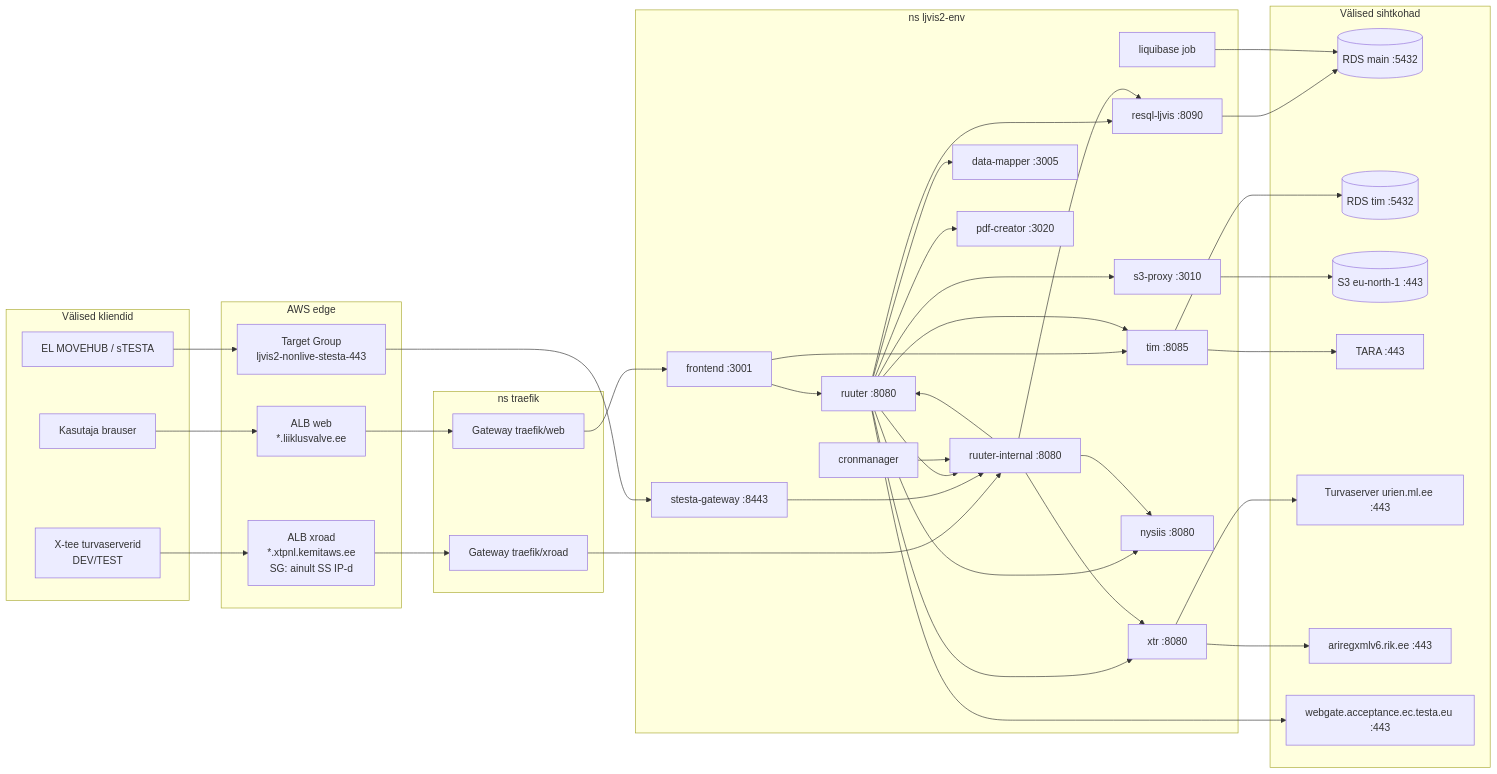
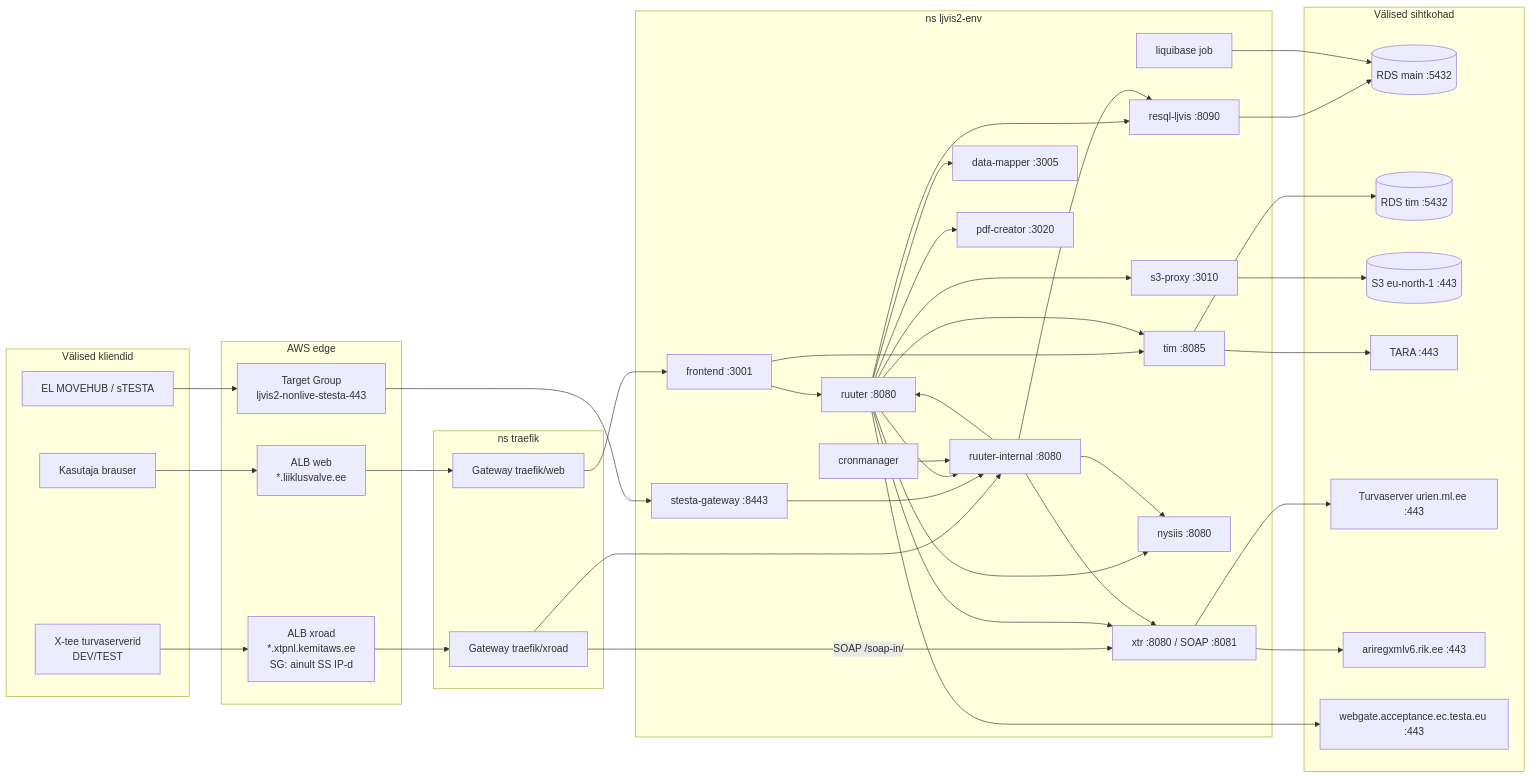
One commit to kemit-ee/ljvis-2 changed the diagram in docs/architecture/vorguyhendused-network-policy.md. Above: the diagram before and after it, drawn with Mermaid. The commit also changed other lines of this file and 50 other files, not shown here.

Commit message:
feat(xtee): LJVIS1 SOAP-contract through XTR 0.5.0-rc

````diff
--- a/docs/architecture/vorguyhendused-network-policy.md
+++ b/docs/architecture/vorguyhendused-network-policy.md
@@ -49,61 +49,62 @@
 ```mermaid
 flowchart LR
   subgraph EXT_IN[Välised kliendid]
     U[Kasutaja brauser]
     SS[X-tee turvaserverid<br/>DEV/TEST]
     HUB[EL MOVEHUB / sTESTA]
   end
 
   subgraph AWS_EDGE[AWS edge]
     ALBW[ALB web<br/>*.liiklusvalve.ee]
     ALBX[ALB xroad<br/>*.xtpnl.kemitaws.ee<br/>SG: ainult SS IP-d]
     TG[Target Group<br/>ljvis2-nonlive-stesta-443]
   end
 
   subgraph TRAEFIK[ns traefik]
     TW[Gateway traefik/web]
     TX[Gateway traefik/xroad]
   end
 
   subgraph NS[ns ljvis2-env]
     FE[frontend :3001]
     R[ruuter :8080]
     RI[ruuter-internal :8080]
     TIM[tim :8085]
     RESQL[resql-ljvis :8090]
     DM[data-mapper :3005]
-    XTR[xtr :8080]
+    XTR[xtr :8080 / SOAP :8081]
     S3P[s3-proxy :3010]
     NY[nysiis :8080]
     PDF[pdf-creator :3020]
     CRON[cronmanager]
     SG[stesta-gateway :8443]
     LQ[liquibase job]
   end
 
   subgraph EXT_OUT[Välised sihtkohad]
     RDSM[(RDS main :5432)]
     RDST[(RDS tim :5432)]
     S3[(S3 eu-north-1 :443)]
     TARA[TARA :443]
     SSO[Turvaserver urien.ml.ee :443]
     AR[ariregxmlv6.rik.ee :443]
     WG[webgate.acceptance.ec.testa.eu :443]
   end
 
   U --> ALBW --> TW --> FE
   SS --> ALBX --> TX --> RI
+  TX -->|SOAP /soap-in/| XTR
   HUB --> TG --> SG --> RI
   FE --> R
   FE --> TIM
   R --> RESQL & DM & TIM & RI & XTR & S3P & NY & PDF & WG
   RI --> RESQL & XTR & NY & R
   CRON --> RI
   RESQL --> RDSM
   LQ --> RDSM
   TIM --> RDST
   TIM --> TARA
   XTR --> SSO
   XTR --> AR
   S3P --> S3
 ```
````
